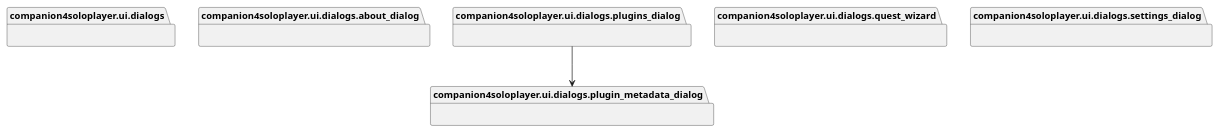
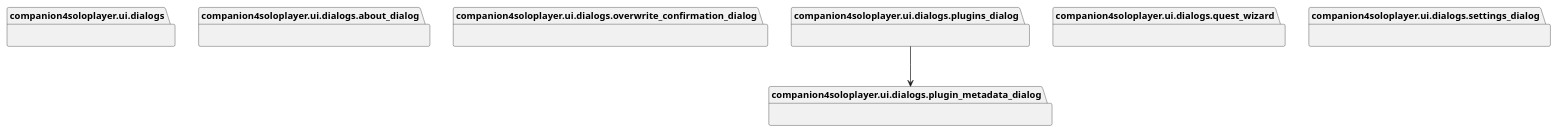
Before and after one commit to ultra-sonic-28/companion4soloplayer: the diagram in docs/assets/diagrams/packages_companion4soloplayer_ui_dialogs.plantuml, drawn with PlantUML. The commit also changed 19 other files, not shown here.

```diff
--- a/docs/assets/diagrams/packages_companion4soloplayer_ui_dialogs.plantuml
+++ b/docs/assets/diagrams/packages_companion4soloplayer_ui_dialogs.plantuml
@@ -1,16 +1,18 @@
 @startuml packages_companion4soloplayer_ui_dialogs
 set namespaceSeparator none
 package "companion4soloplayer.ui.dialogs" as companion4soloplayer.ui.dialogs {
 }
 package "companion4soloplayer.ui.dialogs.about_dialog" as companion4soloplayer.ui.dialogs.about_dialog {
+}
+package "companion4soloplayer.ui.dialogs.overwrite_confirmation_dialog" as companion4soloplayer.ui.dialogs.overwrite_confirmation_dialog {
 }
 package "companion4soloplayer.ui.dialogs.plugin_metadata_dialog" as companion4soloplayer.ui.dialogs.plugin_metadata_dialog {
 }
 package "companion4soloplayer.ui.dialogs.plugins_dialog" as companion4soloplayer.ui.dialogs.plugins_dialog {
 }
 package "companion4soloplayer.ui.dialogs.quest_wizard" as companion4soloplayer.ui.dialogs.quest_wizard {
 }
 package "companion4soloplayer.ui.dialogs.settings_dialog" as companion4soloplayer.ui.dialogs.settings_dialog {
 }
 companion4soloplayer.ui.dialogs.plugins_dialog --> companion4soloplayer.ui.dialogs.plugin_metadata_dialog
 @enduml
```
